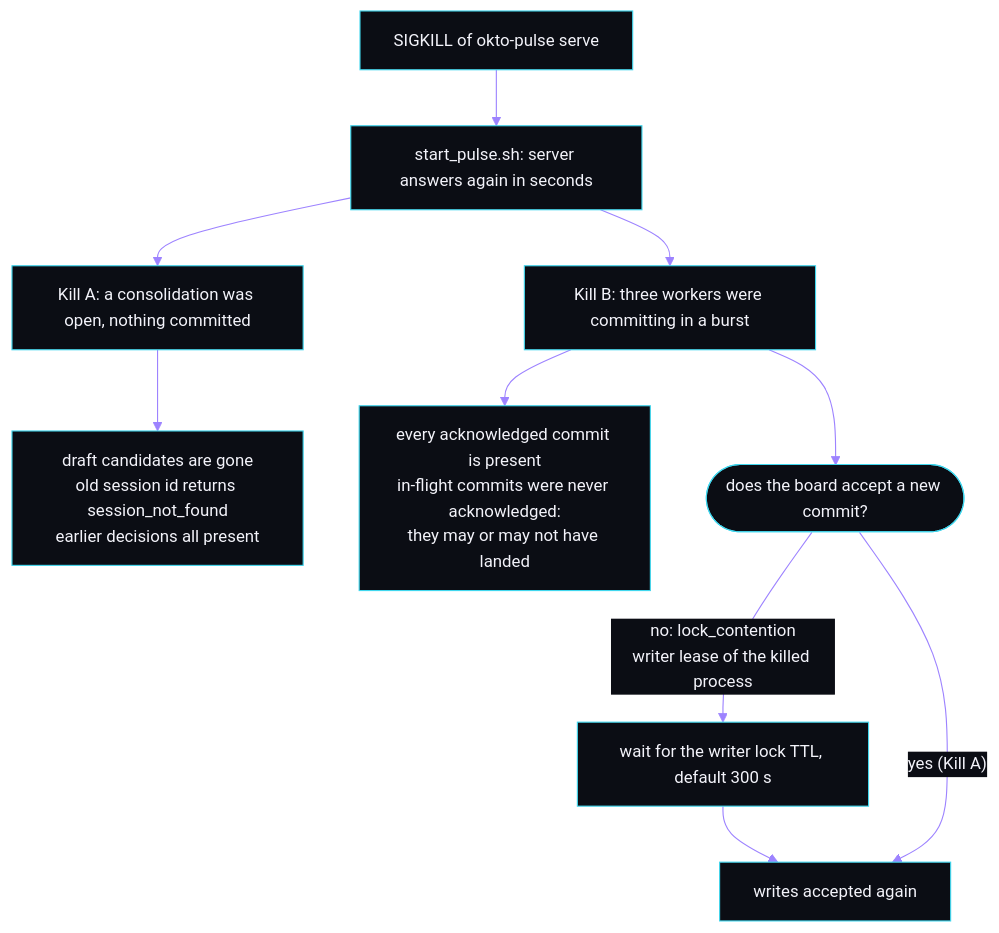
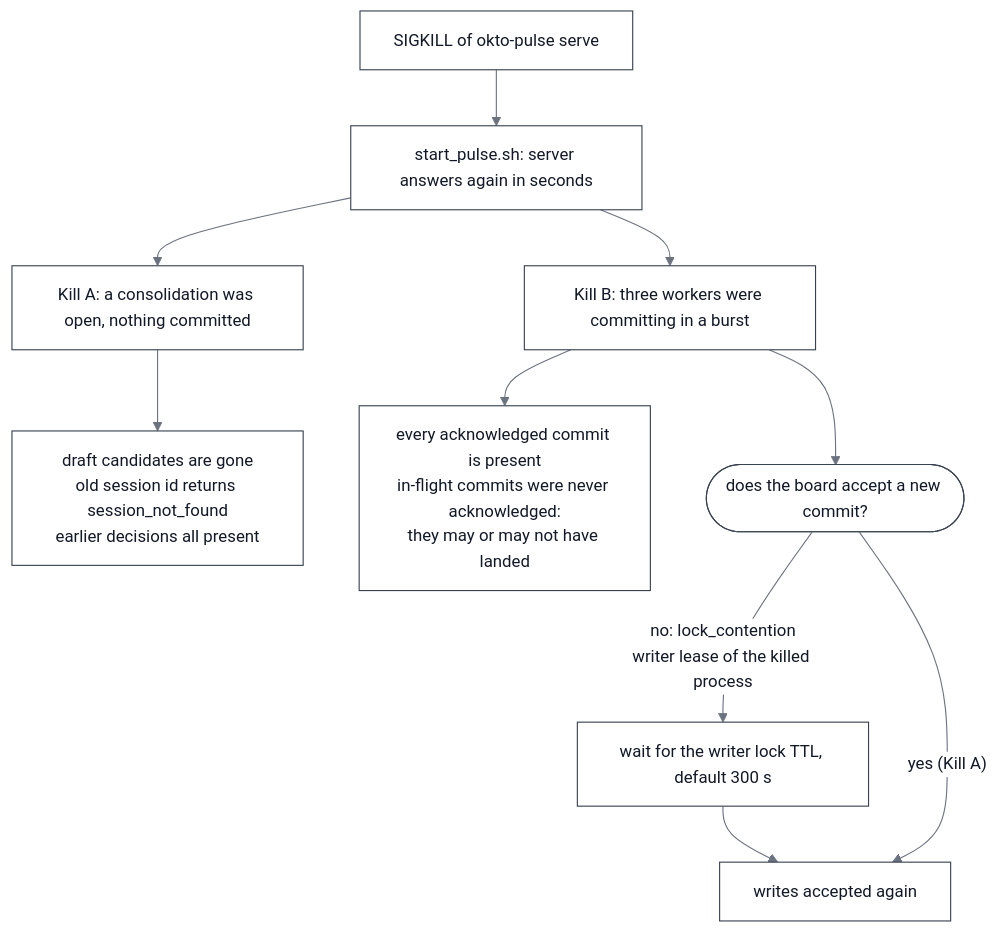
Before and after one commit to Infrasity-Labs/pulse-grafx-decision-memory: the third of 4 diagrams in docs/how-it-works.md, drawn with Mermaid. The commit also changed other lines of this file and 6 other files, not shown here.

First line of the commit message:
Polish README: tree structure, demo app section, license table; plain-colour banner and diagrams

````diff
--- a/docs/how-it-works.md
+++ b/docs/how-it-works.md
@@ -110,13 +110,13 @@
 ```mermaid
-%%{init: {"theme":"base","themeVariables":{"fontFamily":"IBM Plex Sans, Helvetica, Arial, sans-serif","fontSize":"15px","primaryColor":"#0b0d14","primaryTextColor":"#f3f3fa","primaryBorderColor":"#41d7ee","lineColor":"#9d83ff","secondaryColor":"#141123","secondaryTextColor":"#f3f3fa","secondaryBorderColor":"#9d83ff","tertiaryColor":"#0f1018","tertiaryTextColor":"#f3f3fa","tertiaryBorderColor":"#5d40a9","mainBkg":"#0b0d14","nodeBorder":"#41d7ee","nodeTextColor":"#f3f3fa","clusterBkg":"#0d0c16","clusterBorder":"#5d40a9","titleColor":"#c0a3ee","edgeLabelBackground":"#0b0d14","textColor":"#7f8399","noteBkgColor":"#141123","noteTextColor":"#f3f3fa","noteBorderColor":"#9d83ff","actorBkg":"#0b0d14","actorBorder":"#41d7ee","actorTextColor":"#f3f3fa","actorLineColor":"#5d40a9","signalColor":"#9d83ff","signalTextColor":"#7f8399","labelBoxBkgColor":"#141123","labelBoxBorderColor":"#5d40a9","labelTextColor":"#f3f3fa","loopTextColor":"#7f8399","sequenceNumberColor":"#06070b","pie1":"#41d7ee","pie2":"#7b91f6","pie3":"#9d83ff","pie4":"#b181ef","pie5":"#16cce8","pie6":"#2f83f5","pie7":"#6250f2","pie8":"#c0a3ee","pie9":"#60c7f1","pieTitleTextSize":"20px","pieTitleTextColor":"#7f8399","pieSectionTextColor":"#06070b","pieLegendTextColor":"#7f8399","pieStrokeColor":"#06070b","pieStrokeWidth":"2px","pieOuterStrokeColor":"#5d40a9","pieOuterStrokeWidth":"2px","pieOpacity":"0.95"}}}%%
+%%{init: {"theme":"base","themeVariables":{"fontFamily":"Helvetica, Arial, sans-serif","fontSize":"15px","primaryColor":"#ffffff","primaryTextColor":"#111827","primaryBorderColor":"#374151","lineColor":"#6b7280","secondaryColor":"#f3f4f6","secondaryTextColor":"#111827","secondaryBorderColor":"#6b7280","tertiaryColor":"#f9fafb","tertiaryTextColor":"#111827","tertiaryBorderColor":"#9ca3af","mainBkg":"#ffffff","nodeBorder":"#374151","nodeTextColor":"#111827","clusterBkg":"#f9fafb","clusterBorder":"#9ca3af","titleColor":"#111827","edgeLabelBackground":"#ffffff","textColor":"#6b7280","noteBkgColor":"#f3f4f6","noteTextColor":"#111827","noteBorderColor":"#6b7280","actorBkg":"#ffffff","actorBorder":"#374151","actorTextColor":"#111827","actorLineColor":"#9ca3af","signalColor":"#6b7280","signalTextColor":"#6b7280","labelBoxBkgColor":"#f3f4f6","labelBoxBorderColor":"#6b7280","labelTextColor":"#111827","loopTextColor":"#6b7280","sequenceNumberColor":"#ffffff","pie1":"#2563eb","pie2":"#6b7280","pie3":"#16a34a","pie4":"#d97706","pie5":"#dc2626","pie6":"#0891b2","pie7":"#4b5563","pie8":"#93c5fd","pie9":"#9ca3af","pieTitleTextSize":"20px","pieTitleTextColor":"#6b7280","pieSectionTextColor":"#ffffff","pieLegendTextColor":"#6b7280","pieStrokeColor":"#ffffff","pieStrokeWidth":"2px","pieOuterStrokeColor":"#d1d5db","pieOuterStrokeWidth":"2px","pieOpacity":"0.95"}}}%%
 flowchart TD
     K["SIGKILL of okto-pulse serve"] --> R["start_pulse.sh: server answers again in seconds"]
     R --> A["Kill A: a consolidation was open, nothing committed"]
     R --> B["Kill B: three workers were committing in a burst"]
     A --> A1["draft candidates are gone<br/>old session id returns session_not_found<br/>earlier decisions all present"]
     B --> B1["every acknowledged commit is present<br/>in-flight commits were never acknowledged:<br/>they may or may not have landed"]
     B --> B2(["does the board accept a new commit?"])
     B2 -- "no: lock_contention<br/>writer lease of the killed process" --> B3["wait for the writer lock TTL, default 300 s"]
     B3 --> B4["writes accepted again"]
     B2 -- "yes (Kill A)" --> B4
 ```
````
